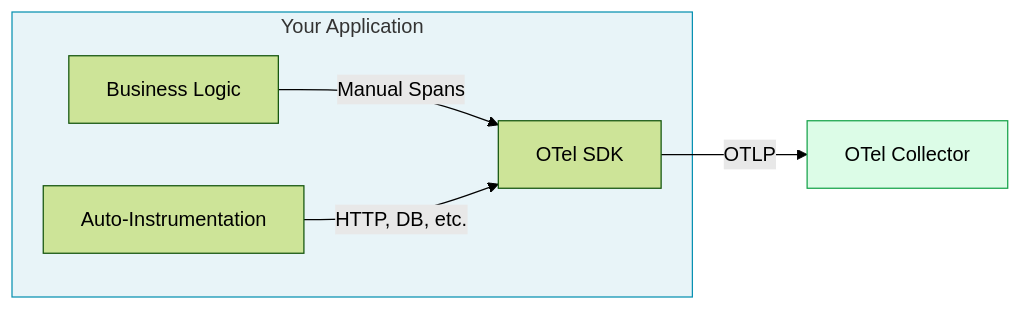
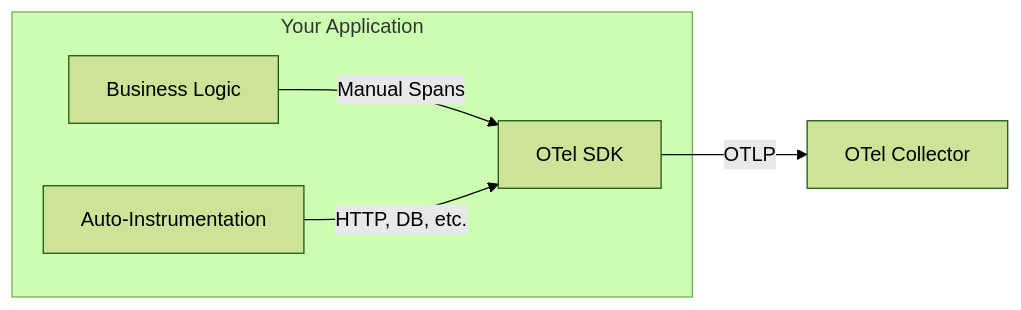
One commit to shivam-g-mishra/blog changed the first of 2 diagrams in docs/observability/integrations/overview.md. Above: the diagram before and after it, drawn with Mermaid (forest theme). The commit also changed other lines of this file and 23 other files, not shown here.

First line of the commit message:
fix: improve Mermaid diagram visibility in dark mode

````diff
--- a/docs/observability/integrations/overview.md
+++ b/docs/observability/integrations/overview.md
@@ -63,15 +63,12 @@
 ```mermaid
 flowchart LR
     subgraph app["Your Application"]
         code[Business Logic]
         sdk[OTel SDK]
         auto[Auto-Instrumentation]
     end
     
     code -->|Manual Spans| sdk
     auto -->|HTTP, DB, etc.| sdk
     sdk -->|OTLP| collector[OTel Collector]
-    
-    style app fill:#e8f4f8,stroke:#0891b2
-    style collector fill:#dcfce7,stroke:#16a34a
 ```
````
